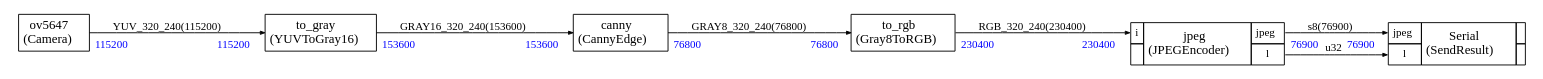
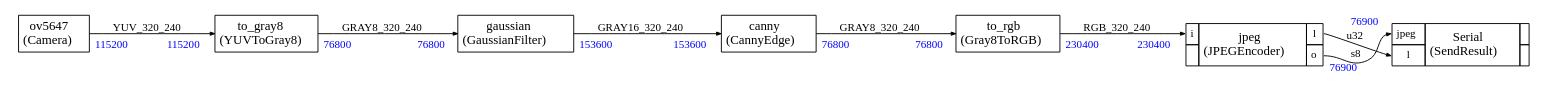
The diagram in EPII_CM55M_APP_S/app/scenario_app/cmsis_stream_app/cv.dot (xavierbrgt/Seeed_Grove_Vision_AI_Module_V2), drawn with Graphviz before and after one commit. The commit also changed 51 other files, not shown here.

```diff
--- a/EPII_CM55M_APP_S/app/scenario_app/cmsis_stream_app/cv.dot
+++ b/EPII_CM55M_APP_S/app/scenario_app/cmsis_stream_app/cv.dot
@@ -1,109 +1,122 @@
 
 
 
 
 digraph structs {
     bgcolor = "white"
     node [shape=plaintext,color="black",fontcolor="black",fontname="Times-Roman"]
     rankdir=LR
     edge [arrowsize="0.5",color="black",fontcolor="black",fontname="Times-Roman"]
 
 
 
 Serial [label=<
 <TABLE color="black" bgcolor="none" BORDER="0" CELLBORDER="1" CELLSPACING="0" CELLPADDING="4">
   <TR>
     <TD PORT="jpeg"><FONT POINT-SIZE="12.0" COLOR="black">jpeg</FONT></TD>
     <TD ALIGN="CENTER" ROWSPAN="2"><FONT COLOR="black" POINT-SIZE="14.0">Serial<BR/>(SendResult)</FONT></TD>
     <TD></TD>
   </TR>
 <TR>
 <TD PORT="l"><FONT POINT-SIZE="12.0" COLOR="black">l</FONT></TD>
 
  
 <TD></TD></TR>
 
 </TABLE>>];
 
 canny [label=<
 <TABLE color="black" bgcolor="none" BORDER="0" CELLBORDER="1" CELLSPACING="0" CELLPADDING="4">
   <TR>
     <TD ALIGN="CENTER" PORT="i"><FONT COLOR="black" POINT-SIZE="14.0">canny<BR/>(CannyEdge)</FONT></TD>
   </TR>
 </TABLE>>];
 
+gaussian [label=<
+<TABLE color="black" bgcolor="none" BORDER="0" CELLBORDER="1" CELLSPACING="0" CELLPADDING="4">
+  <TR>
+    <TD ALIGN="CENTER" PORT="i"><FONT COLOR="black" POINT-SIZE="14.0">gaussian<BR/>(GaussianFilter)</FONT></TD>
+  </TR>
+</TABLE>>];
+
 
 jpeg [label=<
 <TABLE color="black" bgcolor="none" BORDER="0" CELLBORDER="1" CELLSPACING="0" CELLPADDING="4">
   <TR>
     <TD PORT="i"><FONT POINT-SIZE="12.0" COLOR="black">i</FONT></TD>
     <TD ALIGN="CENTER" ROWSPAN="2"><FONT COLOR="black" POINT-SIZE="14.0">jpeg<BR/>(JPEGEncoder)</FONT></TD>
-    <TD PORT="jpeg"><FONT POINT-SIZE="12.0" COLOR="black">jpeg</FONT></TD>
+    <TD PORT="l"><FONT POINT-SIZE="12.0" COLOR="black">l</FONT></TD>
   </TR>
 <TR>
  
 <TD></TD>
-<TD PORT="l"><FONT POINT-SIZE="12.0" COLOR="black">l</FONT></TD>
+<TD PORT="o"><FONT POINT-SIZE="12.0" COLOR="black">o</FONT></TD>
 </TR>
 
 </TABLE>>];
 
 ov5647 [label=<
 <TABLE color="black" bgcolor="none" BORDER="0" CELLBORDER="1" CELLSPACING="0" CELLPADDING="4">
   <TR>
     <TD ALIGN="CENTER" PORT="i"><FONT COLOR="black" POINT-SIZE="14.0">ov5647<BR/>(Camera)</FONT></TD>
   </TR>
 </TABLE>>];
 
-to_gray [label=<
+to_gray8 [label=<
 <TABLE color="black" bgcolor="none" BORDER="0" CELLBORDER="1" CELLSPACING="0" CELLPADDING="4">
   <TR>
-    <TD ALIGN="CENTER" PORT="i"><FONT COLOR="black" POINT-SIZE="14.0">to_gray<BR/>(YUVToGray16)</FONT></TD>
+    <TD ALIGN="CENTER" PORT="i"><FONT COLOR="black" POINT-SIZE="14.0">to_gray8<BR/>(YUVToGray8)</FONT></TD>
   </TR>
 </TABLE>>];
 
 to_rgb [label=<
 <TABLE color="black" bgcolor="none" BORDER="0" CELLBORDER="1" CELLSPACING="0" CELLPADDING="4">
   <TR>
     <TD ALIGN="CENTER" PORT="i"><FONT COLOR="black" POINT-SIZE="14.0">to_rgb<BR/>(Gray8ToRGB)</FONT></TD>
   </TR>
 </TABLE>>];
 
 
 
-ov5647:i -> to_gray:i [style="solid",color="black",fontsize="12.0",fontcolor="black",label=<YUV_320_240(115200)>
+ov5647:i -> to_gray8:i [style="solid",color="black",fontsize="12.0",fontcolor="black",label=<YUV_320_240>
 ,headlabel=<<TABLE BORDER="0" CELLPADDING="4"><TR><TD><FONT COLOR="blue" POINT-SIZE="12.0" >115200</FONT>
 </TD></TR></TABLE>>
 ,taillabel=<<TABLE BORDER="0" CELLPADDING="4"><TR><TD><FONT COLOR="blue" POINT-SIZE="12.0" >115200</FONT>
 </TD></TR></TABLE>>]
 
-to_gray:i -> canny:i [style="solid",color="black",fontsize="12.0",fontcolor="black",label=<GRAY16_320_240(153600)>
+to_gray8:i -> gaussian:i [style="solid",color="black",fontsize="12.0",fontcolor="black",label=<GRAY8_320_240>
+,headlabel=<<TABLE BORDER="0" CELLPADDING="4"><TR><TD><FONT COLOR="blue" POINT-SIZE="12.0" >76800</FONT>
+</TD></TR></TABLE>>
+,taillabel=<<TABLE BORDER="0" CELLPADDING="4"><TR><TD><FONT COLOR="blue" POINT-SIZE="12.0" >76800</FONT>
+</TD></TR></TABLE>>]
+
+gaussian:i -> canny:i [style="solid",color="black",fontsize="12.0",fontcolor="black",label=<GRAY16_320_240>
 ,headlabel=<<TABLE BORDER="0" CELLPADDING="4"><TR><TD><FONT COLOR="blue" POINT-SIZE="12.0" >153600</FONT>
 </TD></TR></TABLE>>
 ,taillabel=<<TABLE BORDER="0" CELLPADDING="4"><TR><TD><FONT COLOR="blue" POINT-SIZE="12.0" >153600</FONT>
 </TD></TR></TABLE>>]
 
-canny:i -> to_rgb:i [style="solid",color="black",fontsize="12.0",fontcolor="black",label=<GRAY8_320_240(76800)>
+canny:i -> to_rgb:i [style="solid",color="black",fontsize="12.0",fontcolor="black",label=<GRAY8_320_240>
 ,headlabel=<<TABLE BORDER="0" CELLPADDING="4"><TR><TD><FONT COLOR="blue" POINT-SIZE="12.0" >76800</FONT>
 </TD></TR></TABLE>>
 ,taillabel=<<TABLE BORDER="0" CELLPADDING="4"><TR><TD><FONT COLOR="blue" POINT-SIZE="12.0" >76800</FONT>
 </TD></TR></TABLE>>]
 
-to_rgb:i -> jpeg:i [style="solid",color="black",fontsize="12.0",fontcolor="black",label=<RGB_320_240(230400)>
+to_rgb:i -> jpeg:i [style="solid",color="black",fontsize="12.0",fontcolor="black",label=<RGB_320_240>
 ,headlabel=<<TABLE BORDER="0" CELLPADDING="4"><TR><TD><FONT COLOR="blue" POINT-SIZE="12.0" >230400</FONT>
 </TD></TR></TABLE>>
 ,taillabel=<<TABLE BORDER="0" CELLPADDING="4"><TR><TD><FONT COLOR="blue" POINT-SIZE="12.0" >230400</FONT>
 </TD></TR></TABLE>>]
 
-jpeg:jpeg -> Serial:jpeg [style="solid",color="black",fontsize="12.0",fontcolor="black",label=<s8(76900)>
+jpeg:o -> Serial:jpeg [style="solid",color="black",fontsize="12.0",fontcolor="black",label=<s8>
 ,headlabel=<<TABLE BORDER="0" CELLPADDING="4"><TR><TD><FONT COLOR="blue" POINT-SIZE="12.0" >76900</FONT>
 </TD></TR></TABLE>>
 ,taillabel=<<TABLE BORDER="0" CELLPADDING="4"><TR><TD><FONT COLOR="blue" POINT-SIZE="12.0" >76900</FONT>
 </TD></TR></TABLE>>]
 
 jpeg:l -> Serial:l [style="solid",color="black",fontsize="12.0",fontcolor="black",label=<u32>
 
 ]
 
 
 }
```
